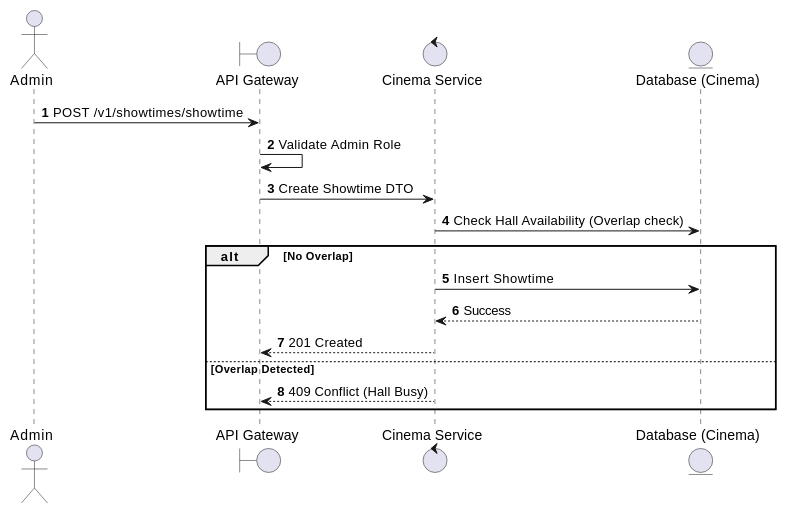
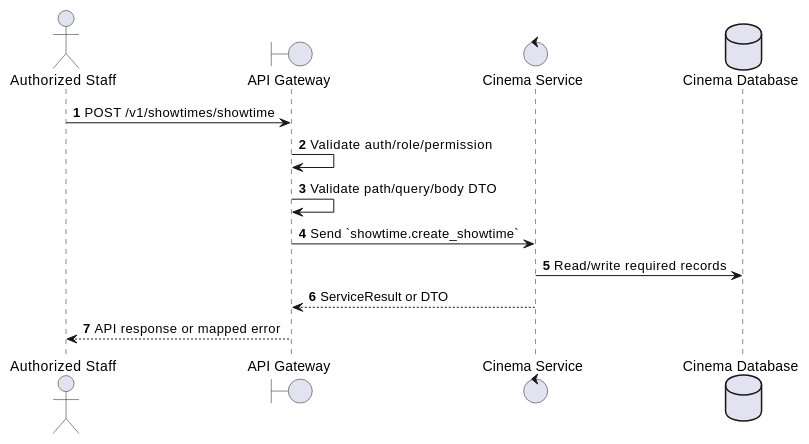
The first of 2 diagrams in docs/functional_specs/3.4_Showtime_Scheduling/ST-03_Create_Showtime.md (Tanh1603/movie-hub-architecture), drawn with PlantUML before and after one commit. The commit also changed other lines of this file and 126 other files, not shown here.

````diff
--- a/docs/functional_specs/3.4_Showtime_Scheduling/ST-03_Create_Showtime.md
+++ b/docs/functional_specs/3.4_Showtime_Scheduling/ST-03_Create_Showtime.md
@@ -17,21 +17,17 @@
 ```plantuml
 @startuml
 autonumber
-actor Admin
+actor "Authorized Staff" as Actor
 boundary "API Gateway" as GW
-control "Cinema Service" as CS
-entity "Database (Cinema)" as DB
+control "Cinema Service" as SVC
+database "Cinema Database" as DB
 
-Admin -> GW: POST /v1/showtimes/showtime
-GW -> GW: Validate Admin Role
-GW -> CS: Create Showtime DTO
-CS -> DB: Check Hall Availability (Overlap check)
-alt No Overlap
-    CS -> DB: Insert Showtime
-    DB --> CS: Success
-    CS --> GW: 201 Created
-else Overlap Detected
-    CS --> GW: 409 Conflict (Hall Busy)
-end
+Actor -> GW: POST /v1/showtimes/showtime
+GW -> GW: Validate auth/role/permission
+GW -> GW: Validate path/query/body DTO
+GW -> SVC: Send `showtime.create_showtime`
+SVC -> DB: Read/write required records
+SVC --> GW: ServiceResult or DTO
+GW --> Actor: API response or mapped error
 @enduml
 ```
````
